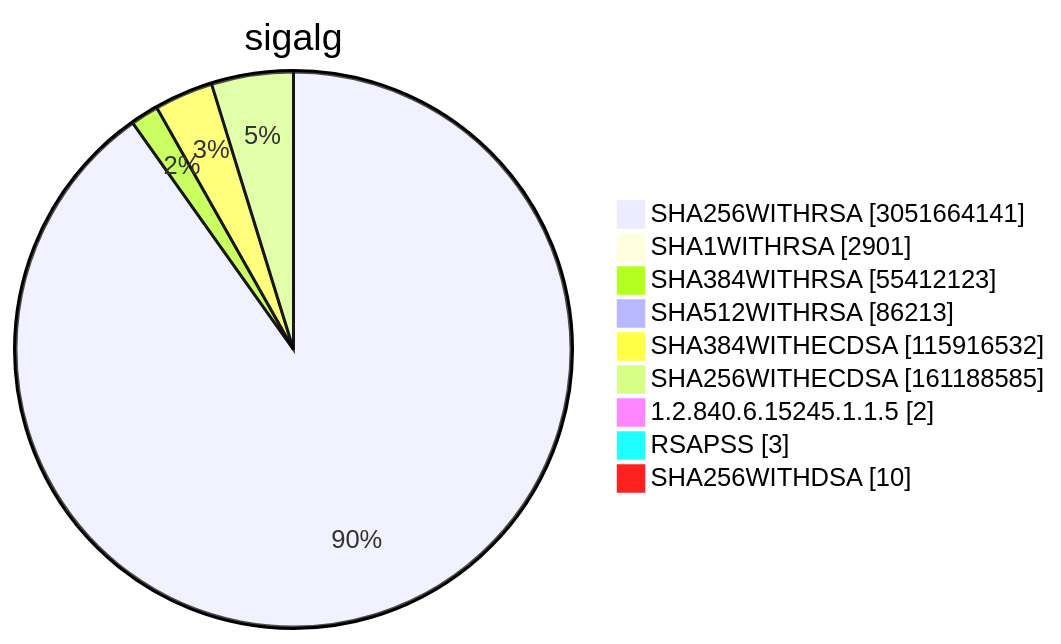
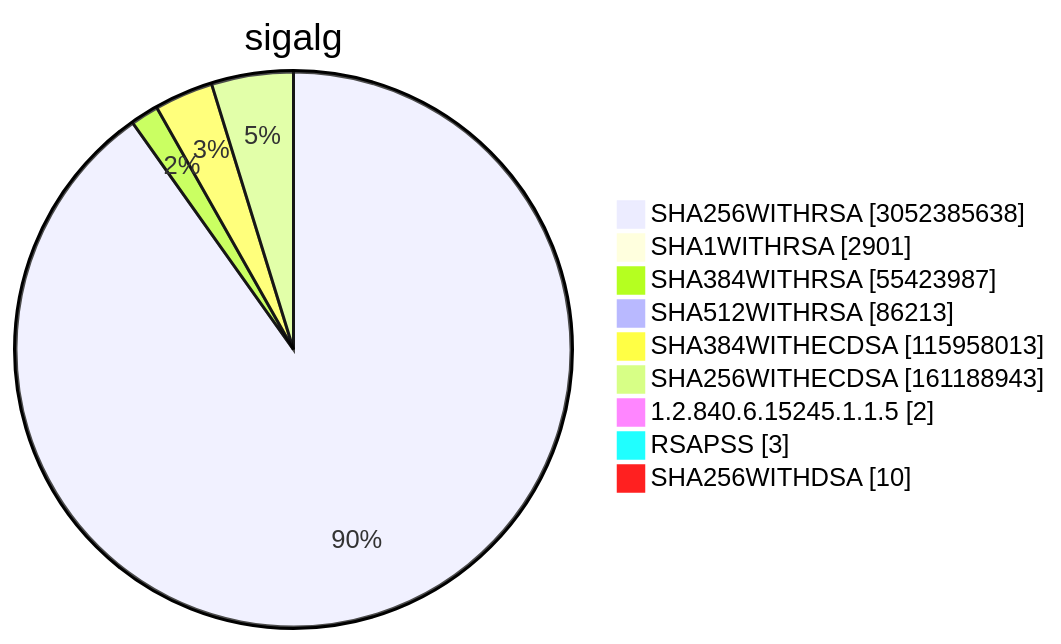
Diagram 15 of 15 in TOTAL/README.md (christiankrug/ctmonitor_visualization), drawn with Mermaid before and after one commit. The commit also changed other lines of this file, not shown here.

````diff
--- a/TOTAL/README.md
+++ b/TOTAL/README.md
@@ -6209,13 +6209,13 @@
 ```mermaid
 pie showData
 title sigalg
-"SHA256WITHRSA" :3051664141
+"SHA256WITHRSA" :3052385638
 "SHA1WITHRSA" :2901
-"SHA384WITHRSA" :55412123
+"SHA384WITHRSA" :55423987
 "SHA512WITHRSA" :86213
-"SHA384WITHECDSA" :115916532
-"SHA256WITHECDSA" :161188585
+"SHA384WITHECDSA" :115958013
+"SHA256WITHECDSA" :161188943
 "1.2.840.6.15245.1.1.5" :2
 "RSAPSS" :3
 "SHA256WITHDSA" :10
 ```
````
